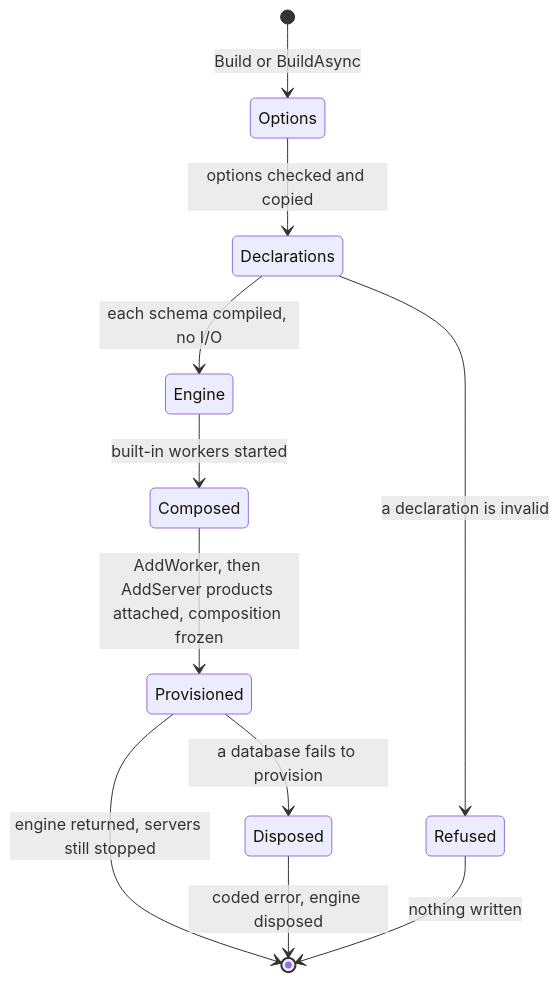
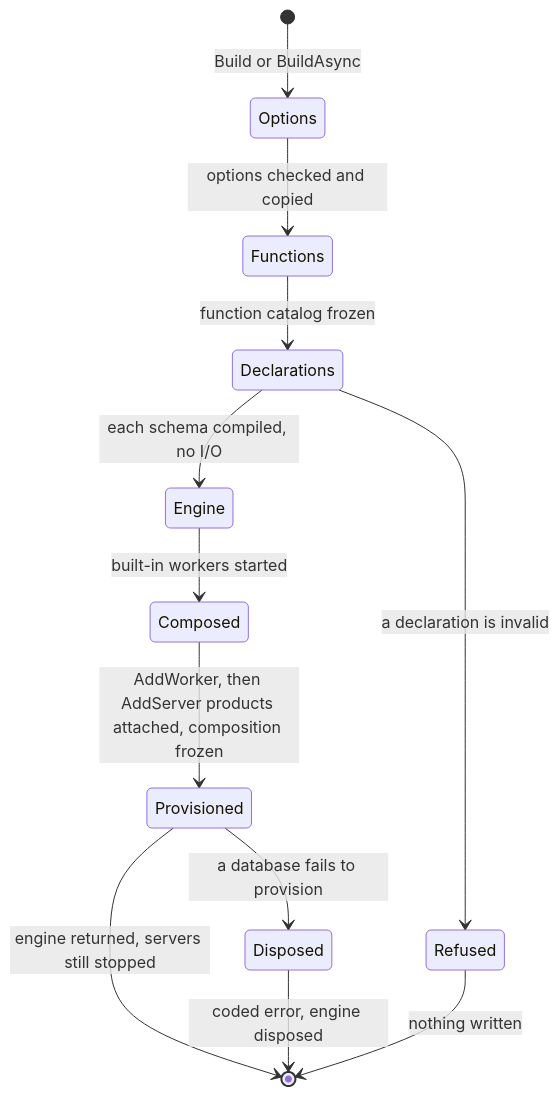
One commit to assimalign/cohesion changed the fourth of 7 diagrams in resources/Database/Assimalign.Cohesion.Database.Sql/docs/DESIGN.md. Above: the diagram before and after it, drawn with Mermaid. The commit also changed other lines of this file and 65 other files, not shown here.

````diff
--- a/resources/Database/Assimalign.Cohesion.Database.Sql/docs/DESIGN.md
+++ b/resources/Database/Assimalign.Cohesion.Database.Sql/docs/DESIGN.md
@@ -249,13 +432,14 @@
 ```mermaid
 stateDiagram-v2
     [*] --> Options: Build or BuildAsync
-    Options --> Declarations: options checked and copied
+    Options --> Functions: options checked and copied
+    Functions --> Declarations: function catalog frozen
     Declarations --> Engine: each schema compiled, no I/O
     Engine --> Composed: built-in workers started
     Composed --> Provisioned: AddWorker, then AddServer products attached, composition frozen
     Provisioned --> [*]: engine returned, servers still stopped
     Declarations --> Refused: a declaration is invalid
     Provisioned --> Disposed: a database fails to provision
     Refused --> [*]: nothing written
     Disposed --> [*]: coded error, engine disposed
 ```
````
